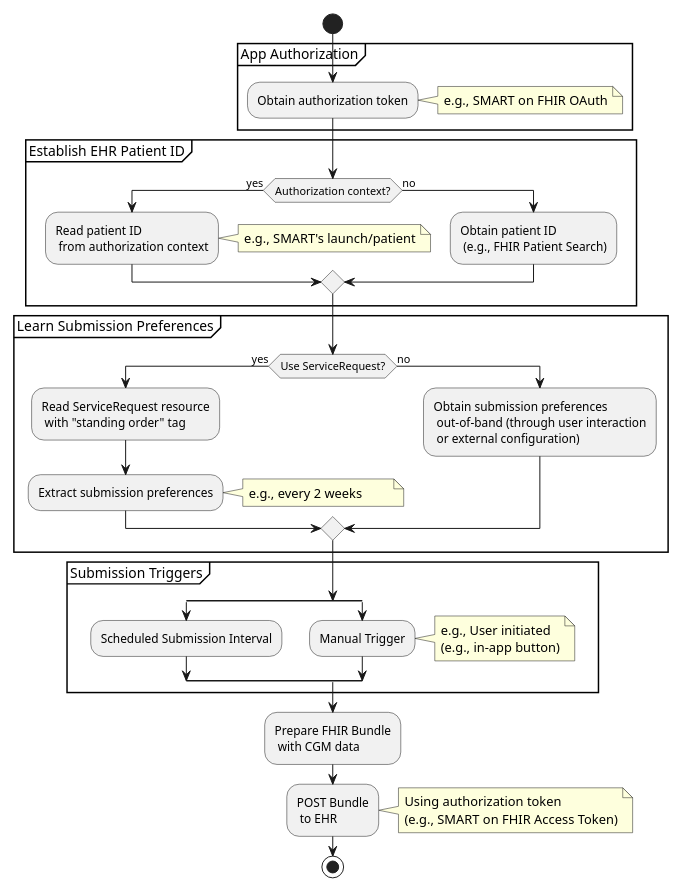
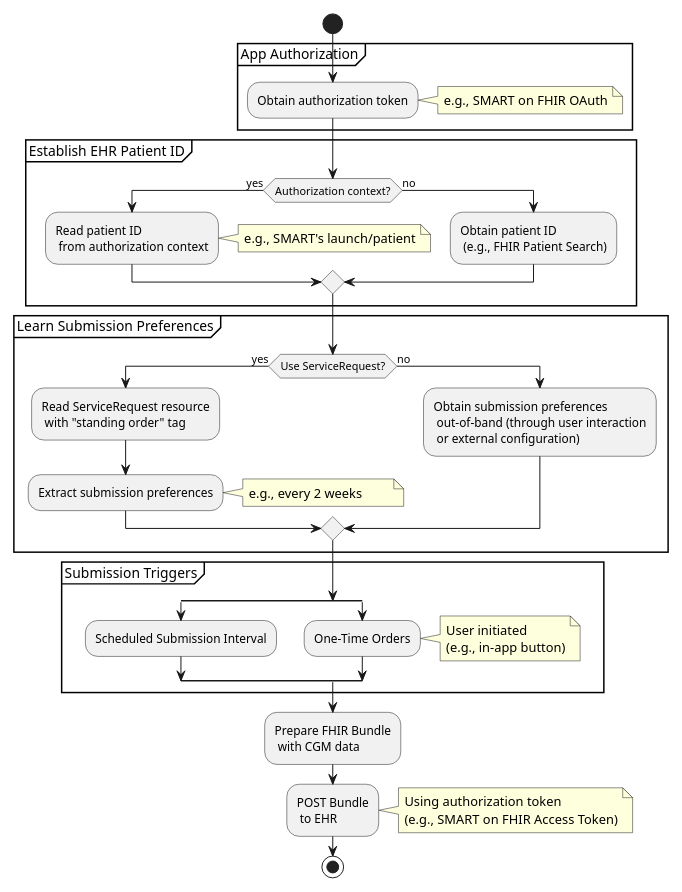
One commit to HL7/cgm changed the diagram in input/images-source/flow.plantuml. Above: the diagram before and after it, drawn with PlantUML. The commit also changed 4 other files, not shown here.

Commit message:
QA-FHIR-49857/49858-2 1) update normal workflow diagram to reference one-time orders 2) remove superflous diagrams from images folder

```diff
--- a/input/images-source/flow.plantuml
+++ b/input/images-source/flow.plantuml
@@ -1,66 +1,66 @@
 @startuml
 
 start
 scale 500 width
 
 
 partition "App Authorization" {
     :Obtain authorization token;
     note right
         e.g., SMART on FHIR OAuth
     end note
 }
 
 partition "Establish EHR Patient ID" {
     if (Authorization context?) then (yes)
         :Read patient ID
          from authorization context;
         note right
             e.g., SMART's launch/patient
         end note
     else (no)
         :Obtain patient ID
          (e.g., FHIR Patient Search);
     endif
 }
 
 partition "Learn Submission Preferences" {
     if (Use ServiceRequest?) then (yes)
         :Read ServiceRequest resource
          with "standing order" tag;
         :Extract submission preferences;
         note right
             e.g., every 2 weeks        
         end note
     else (no)
         :Obtain submission preferences
          out-of-band (through user interaction
          or external configuration);
     endif
 }
 
 partition "Submission Triggers" {
     split
         :Scheduled Submission Interval;
     split again
-        :Manual Trigger;
+        :One-Time Orders;
         note right
-            e.g., User initiated
+            User initiated
             (e.g., in-app button)
         end note
     end split
 }
 
 :Prepare FHIR Bundle
  with CGM data;
  
 :POST Bundle
  to EHR;
 note right 
     Using authorization token
     (e.g., SMART on FHIR Access Token)
 end note
 
 stop
 
 @enduml
```
